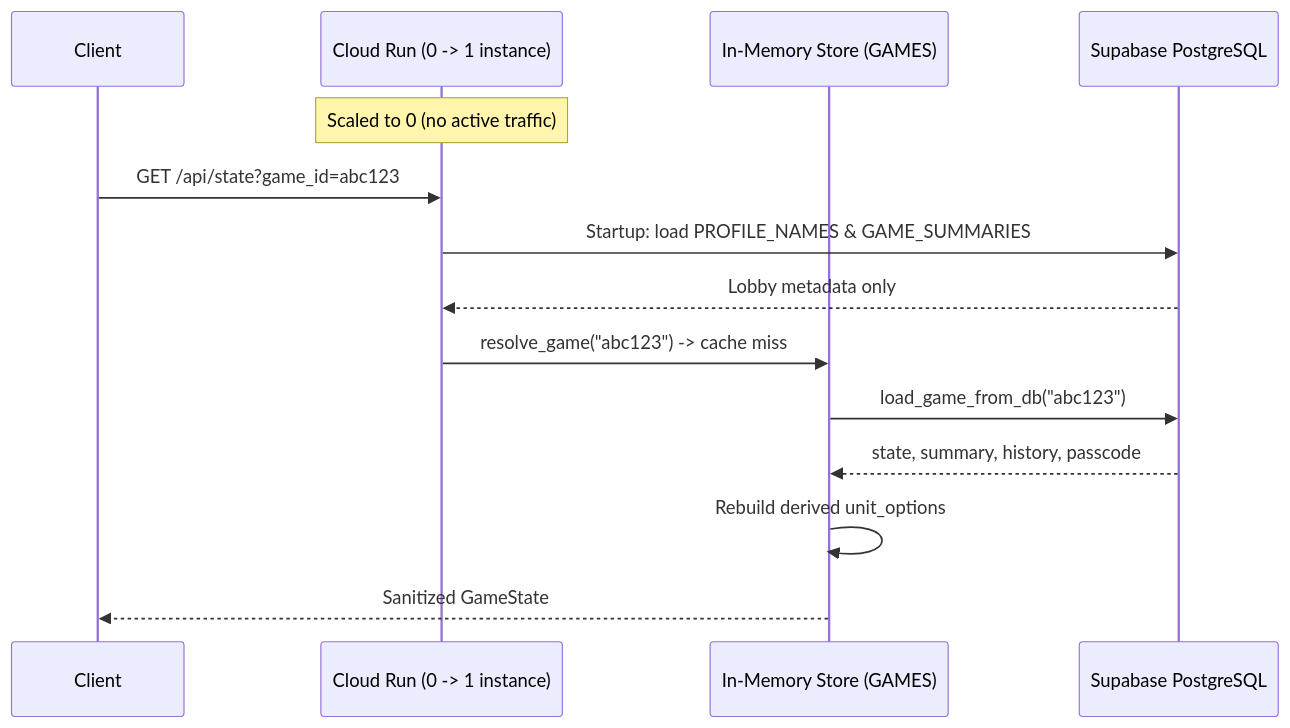
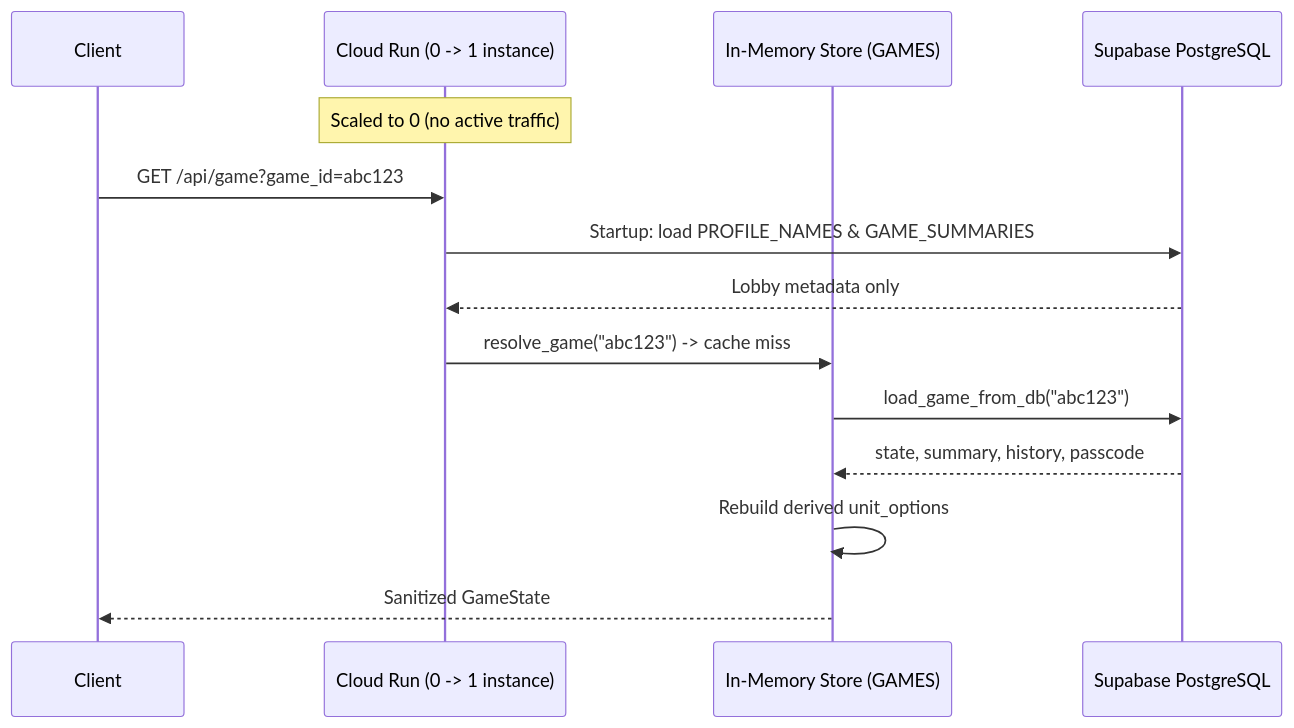
Before and after one commit to mjyousif/sloplomacy: the first of 2 diagrams in docs/architecture/runtime-and-infrastructure.md, drawn with Mermaid. The commit also changed other lines of this file and 12 other files, not shown here.

````diff
--- a/docs/architecture/runtime-and-infrastructure.md
+++ b/docs/architecture/runtime-and-infrastructure.md
@@ -34,17 +34,17 @@
 ```mermaid
 sequenceDiagram
     participant Client
     participant CloudRun as Cloud Run (0 -> 1 instance)
     participant Store as In-Memory Store (GAMES)
     participant DB as Supabase PostgreSQL
 
     Note over CloudRun: Scaled to 0 (no active traffic)
-    Client->>CloudRun: GET /api/state?game_id=abc123
+    Client->>CloudRun: GET /api/game?game_id=abc123
     CloudRun->>DB: Startup: load PROFILE_NAMES & GAME_SUMMARIES
     DB-->>CloudRun: Lobby metadata only
     CloudRun->>Store: resolve_game("abc123") -> cache miss
     Store->>DB: load_game_from_db("abc123")
     DB-->>Store: state, summary, history, passcode
     Store->>Store: Rebuild derived unit_options
     Store-->>Client: Sanitized GameState
 ```
````
